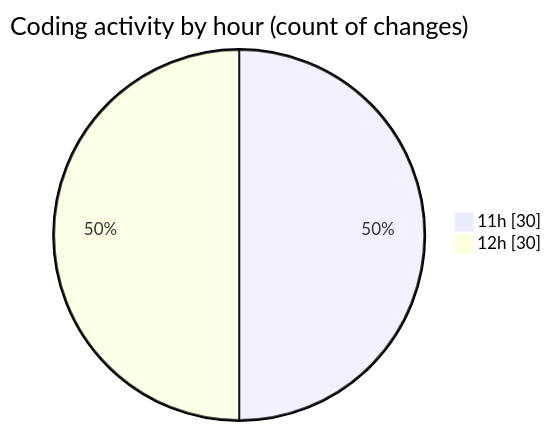
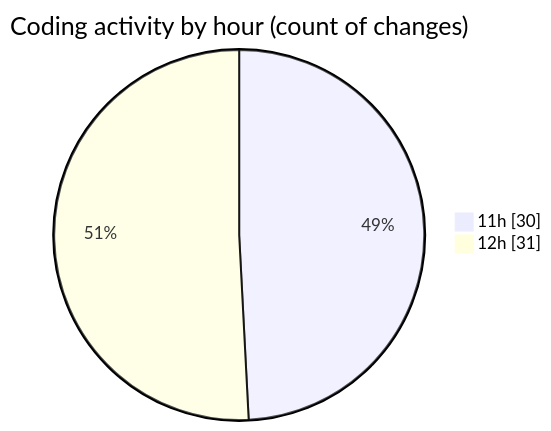
One commit to nxtqubesakshisongat/code-tracking changed the second of 2 diagrams in 2025-07-13/argos/README.md. Above: the diagram before and after it, drawn with Mermaid. The commit also changed other lines of this file and 1 other file, not shown here.

````diff
--- a/2025-07-13/argos/README.md
+++ b/2025-07-13/argos/README.md
@@ -30,6 +30,6 @@
 ```mermaid
 pie showData
 title Coding activity by hour (count of changes)
 "11h" : 30
-"12h" : 30
+"12h" : 31
 ```
````
